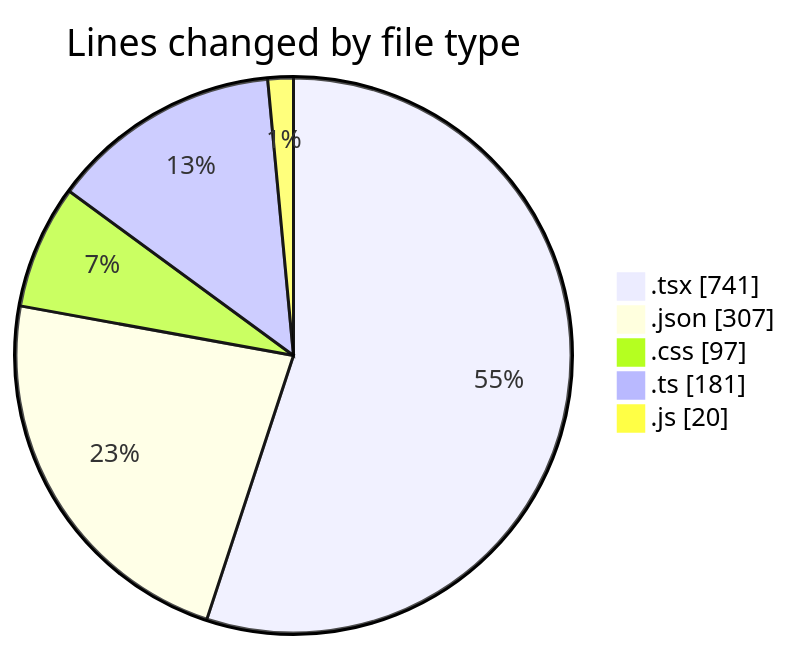
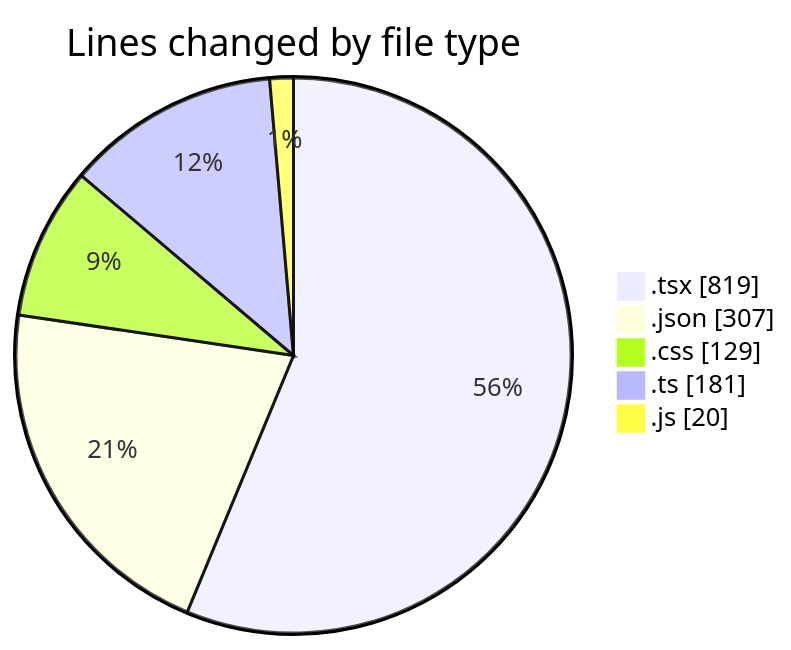
Before and after one commit to Elitesun/code-tracking: the first of 2 diagrams in 2025-05-04/niten/README.md, drawn with Mermaid. The commit also changed other lines of this file and 1 other file, not shown here.

````diff
--- a/2025-05-04/niten/README.md
+++ b/2025-05-04/niten/README.md
@@ -39,9 +40,9 @@
 ```mermaid
 pie showData
 title Lines changed by file type
-".tsx" : 741
+".tsx" : 819
 ".json" : 307
-".css" : 97
+".css" : 129
 ".ts" : 181
 ".js" : 20
 ```
````
